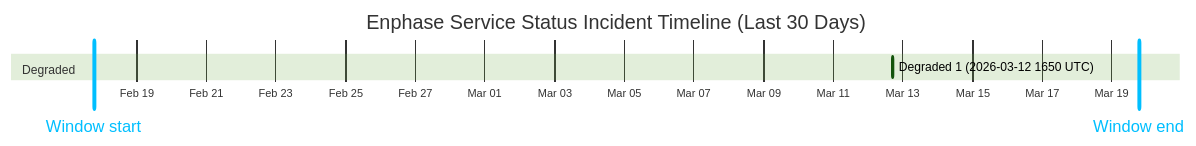
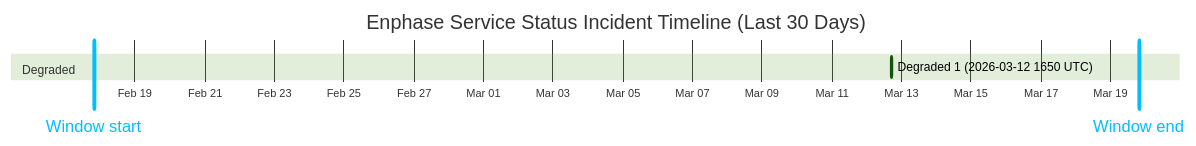
One commit to barneyonline/ha-enphase-ev-charger changed the diagram in wiki/Service-Status-History.md. Above: the diagram before and after it, drawn with Mermaid (forest theme). The commit also changed other lines of this file and 3 other files, not shown here.

````diff
--- a/wiki/Service-Status-History.md
+++ b/wiki/Service-Status-History.md
@@ -14,10 +14,10 @@
 ```mermaid
 gantt
     title Enphase Service Status Incident Timeline (Last 30 Days)
     dateFormat  YYYY-MM-DDTHH:mm:ss
     axisFormat  %b %d
-    Window start :vert, window-start, 2026-02-17T18:42:56, 0ms
-    Window end :vert, window-end, 2026-03-19T18:42:56, 0ms
+    Window start :vert, window-start, 2026-02-17T19:40:27, 0ms
+    Window end :vert, window-end, 2026-03-19T19:40:27, 0ms
     section Degraded
     Degraded 1 (2026-03-12 1650 UTC) :active, degraded-1, 2026-03-12T16:50:43, 60m
 ```
````
